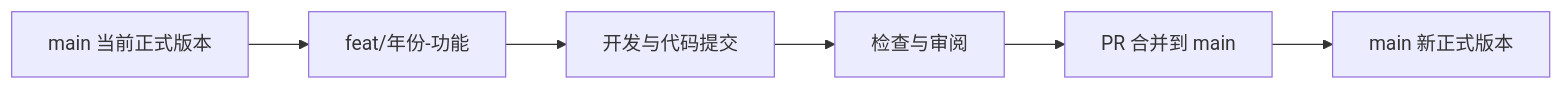
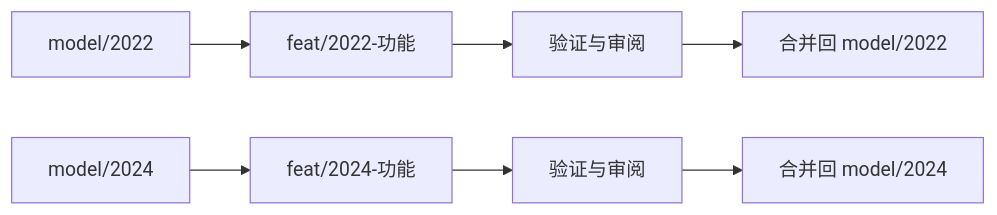
The diagram in DEVELOPMENT.md (QMsama/rice-crafish), drawn with Mermaid before and after one commit. The commit also changed other lines of this file and 5 other files, not shown here.

````diff
--- a/DEVELOPMENT.md
+++ b/DEVELOPMENT.md
@@ -24,8 +18,9 @@
 ```mermaid
 flowchart LR
-    A[main 当前正式版本] --> B[feat/年份-功能]
-    B --> C[开发与代码提交]
-    C --> D[检查与审阅]
-    D --> E[PR 合并到 main]
-    E --> F[main 新正式版本]
+    A[model/2022] --> B[feat/2022-功能]
+    B --> C[验证与审阅]
+    C --> D[合并回 model/2022]
+    E[model/2024] --> F[feat/2024-功能]
+    F --> G[验证与审阅]
+    G --> H[合并回 model/2024]
 ```
````
